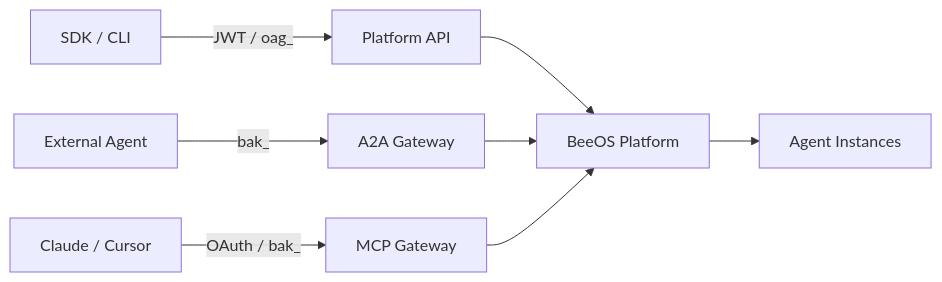
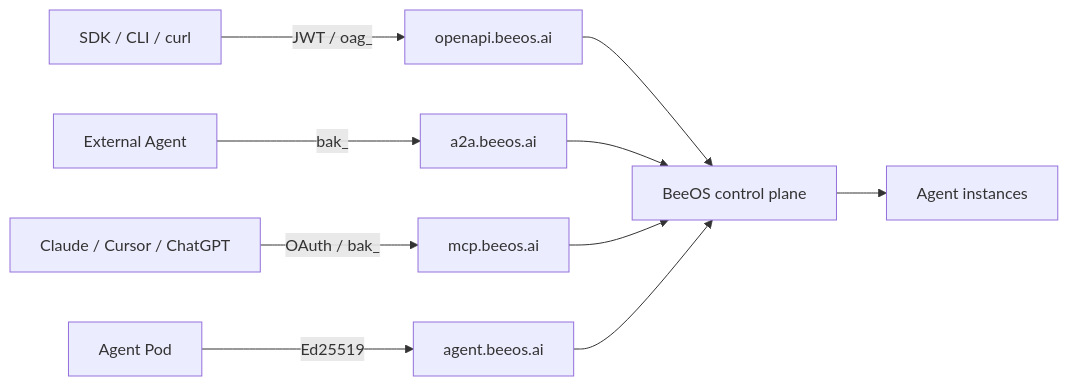
One commit to beeos-ai/beeos-docs changed the diagram in introduction.mdx. Above: the diagram before and after it, drawn with Mermaid. The commit also changed other lines of this file and 15 other files, not shown here.

````diff
--- a/introduction.mdx
+++ b/introduction.mdx
@@ -46,11 +57,13 @@
 ```mermaid
 flowchart LR
-    SDK["SDK / CLI"] -->|JWT / oag_| OpenAPI["Platform API"]
-    ExtAgent["External Agent"] -->|bak_| A2A["A2A Gateway"]
-    AIPlatform["Claude / Cursor"] -->|OAuth / bak_| MCP["MCP Gateway"]
+    SDK["SDK / CLI / curl"] -->|"JWT / oag_"| OpenAPI["openapi.beeos.ai"]
+    ExtAgent["External Agent"] -->|"bak_"| A2A["a2a.beeos.ai"]
+    AIClient["Claude / Cursor / ChatGPT"] -->|"OAuth / bak_"| MCP["mcp.beeos.ai"]
+    AgentPod["Agent Pod"] -->|"Ed25519"| AgentGW["agent.beeos.ai"]
 
-    OpenAPI --> BeeOS["BeeOS Platform"]
-    A2A --> BeeOS
-    MCP --> BeeOS
-    BeeOS --> AgentPod["Agent Instances"]
+    OpenAPI --> Plat["BeeOS control plane"]
+    A2A --> Plat
+    MCP --> Plat
+    AgentGW --> Plat
+    Plat --> AgentInst["Agent instances"]
 ```
````
